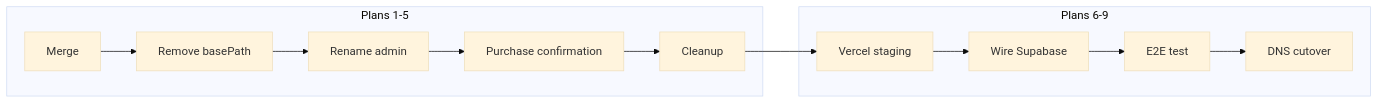
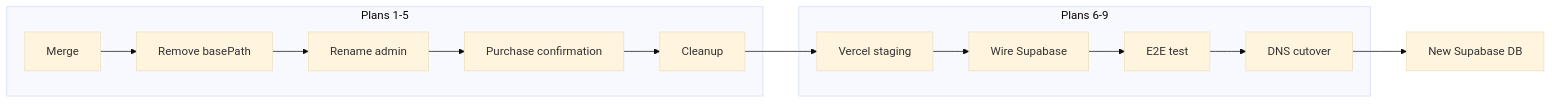
One commit to abenson07/midwestea changed the diagram in docs/migration-plan.md. Above: the diagram before and after it, drawn with Mermaid (base theme). The commit also changed other lines of this file and 5 other files, not shown here.

````diff
--- a/docs/migration-plan.md
+++ b/docs/migration-plan.md
@@ -55,15 +64,16 @@
 ```mermaid
 flowchart LR
   subgraph local [Plans 1-5]
     P1[Merge] --> P2[Remove basePath]
     P2 --> P3[Rename admin]
     P3 --> P4[Purchase confirmation]
     P4 --> P5[Cleanup]
   end
   subgraph deploy [Plans 6-9]
     P5 --> P6[Vercel staging]
     P6 --> P7[Wire Supabase]
     P7 --> P8[E2E test]
     P8 --> P9[DNS cutover]
   end
+  P9 --> P10[New Supabase DB]
 ```
````
